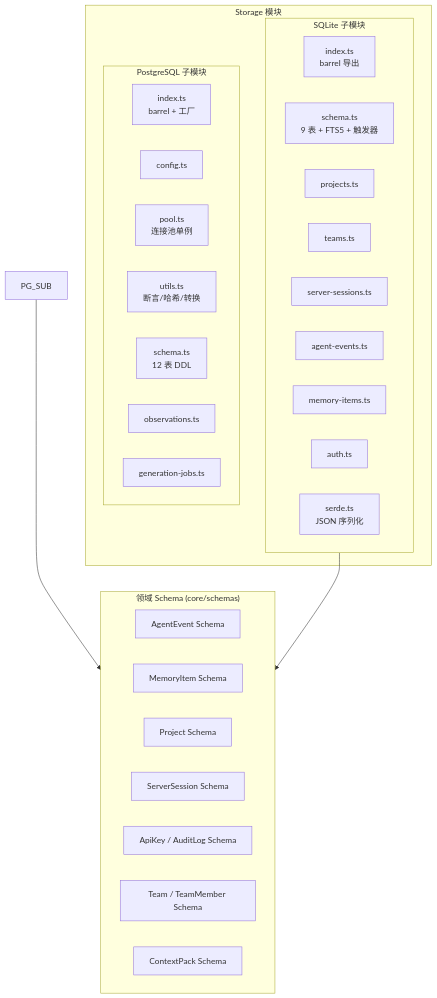
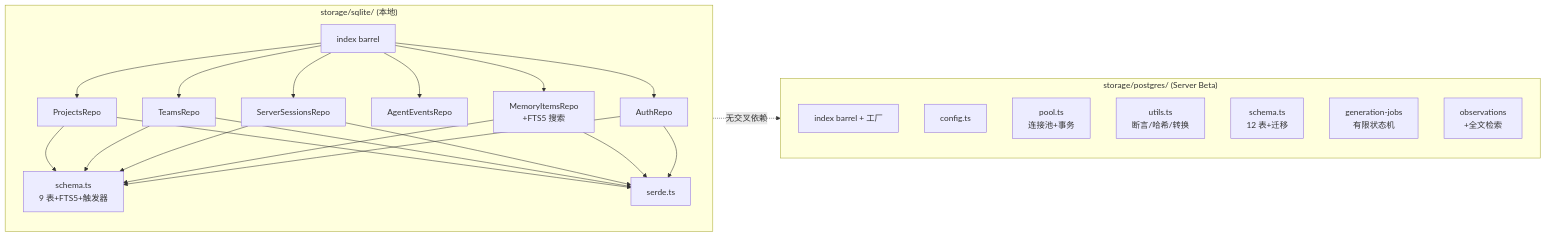
One commit to sharesdoc/claude-mem changed the seventh of 14 diagrams in doc/B-系统设计文档.md. Above: the diagram before and after it, drawn with Mermaid. The commit also changed other lines of this file and 22 other files, not shown here.

````diff
--- a/doc/B-系统设计文档.md
+++ b/doc/B-系统设计文档.md
@@ -417,39 +450,30 @@
 ```mermaid
-flowchart TB
-    subgraph Storage["Storage 模块"]
-        subgraph SQLite_Sub["SQLite 子模块"]
-            SQLITE_IDX["index.ts<br/>barrel 导出"]
-            SQLITE_SCH["schema.ts<br/>9 表 + FTS5 + 触发器"]
-            SQLITE_PRJ["projects.ts"]
-            SQLITE_TM["teams.ts"]
-            SQLITE_SS["server-sessions.ts"]
-            SQLITE_AE["agent-events.ts"]
-            SQLITE_MI["memory-items.ts"]
-            SQLITE_AU["auth.ts"]
-            SQLITE_SERDE["serde.ts<br/>JSON 序列化"]
-        end
-
-        subgraph PG_Sub["PostgreSQL 子模块"]
-            PG_IDX["index.ts<br/>barrel + 工厂"]
-            PG_CFG["config.ts"]
-            PG_POOL["pool.ts<br/>连接池单例"]
-            PG_UTL["utils.ts<br/>断言/哈希/转换"]
-            PG_SCH["schema.ts<br/>12 表 DDL"]
-            PG_OBS["observations.ts"]
-            PG_JOB["generation-jobs.ts"]
-        end
+flowchart LR
+    subgraph SQLite["storage/sqlite/ (本地)"]
+        direction TB
+        SIDX["index barrel"]
+        SSCH["schema.ts<br/>9 表+FTS5+触发器"]
+        SSRD["serde.ts"]
+        SPRJ["ProjectsRepo"]
+        STM["TeamsRepo"]
+        SSS["ServerSessionsRepo"]
+        SAE["AgentEventsRepo"]
+        SMI["MemoryItemsRepo<br/>+FTS5 搜索"]
+        SAU["AuthRepo"]
+        SIDX --> SPRJ & STM & SSS & SAE & SMI & SAU
+        SPRJ & STM & SSS & SMI & SAU --> SSCH & SSRD
     end
 
-    subgraph CoreSchema["领域 Schema (core/schemas)"]
-        AE_S["AgentEvent Schema"]
-        MI_S["MemoryItem Schema"]
-        PROJ_S["Project Schema"]
-        SESS_S["ServerSession Schema"]
-        AUTH_S["ApiKey / AuditLog Schema"]
-        TEAM_S["Team / TeamMember Schema"]
-        CP_S["ContextPack Schema"]
+    subgraph Postgres["storage/postgres/ (Server Beta)"]
+        direction TB
+        PIDX["index barrel + 工厂"]
+        PCFG["config.ts"]
+        PPOOL["pool.ts<br/>连接池+事务"]
+        PUTL["utils.ts<br/>断言/哈希/转换"]
+        PSCH["schema.ts<br/>12 表+迁移"]
+        PJOBS["generation-jobs<br/>有限状态机"]
+        POBS["observations<br/>+全文检索"]
     end
 
-    PG_SUB --> CoreSchema
-    SQLite_Sub --> CoreSchema
+    SQLite -.->|"无交叉依赖"| Postgres
 ```
````
